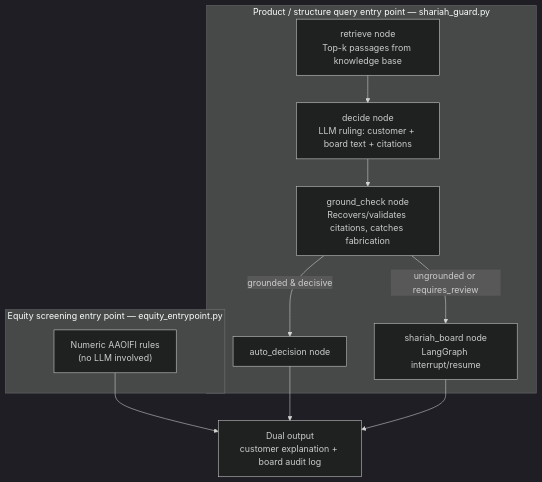
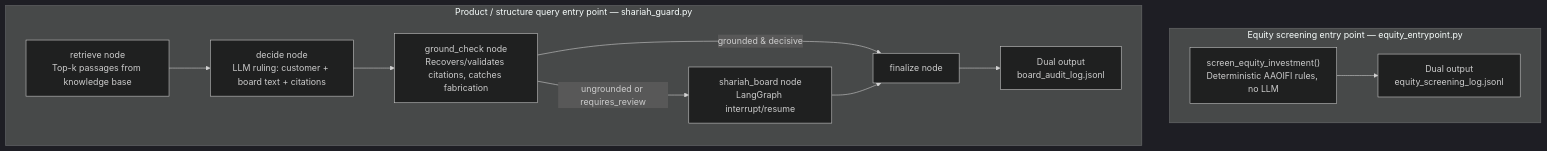
One commit to MONISMALIK1/shariah-guard changed the diagram in README.md. Above: the diagram before and after it, drawn with Mermaid (dark theme). The commit also changed other lines of this file, not shown here.

Commit message:
Fix diagram to match actual graph (no separate auto_decision node) and document all five nodes

````diff
--- a/README.md
+++ b/README.md
@@ -21,17 +21,15 @@
 ```mermaid
 graph TD
     subgraph Equity["Equity screening entry point — equity_entrypoint.py"]
-        A["Numeric AAOIFI rules<br/>(no LLM involved)"]
+        A["screen_equity_investment()<br/>Deterministic AAOIFI rules, no LLM"] --> AO["Dual output<br/>equity_screening_log.jsonl"]
     end
 
     subgraph Query["Product / structure query entry point — shariah_guard.py"]
         B["retrieve node<br/>Top-k passages from knowledge base"] --> C["decide node<br/>LLM ruling: customer + board text + citations"]
         C --> Dg["ground_check node<br/>Recovers/validates citations, catches fabrication"]
-        Dg -->|grounded & decisive| E["auto_decision node"]
-        Dg -->|ungrounded or requires_review| F["shariah_board node<br/>LangGraph interrupt/resume"]
+        Dg -->|grounded & decisive| Fin["finalize node"]
+        Dg -->|ungrounded or requires_review| SB["shariah_board node<br/>LangGraph interrupt/resume"]
+        SB --> Fin
+        Fin --> QO["Dual output<br/>board_audit_log.jsonl"]
     end
-
-    A --> G["Dual output<br/>customer explanation + board audit log"]
-    E --> G
-    F --> G
 ```
````
